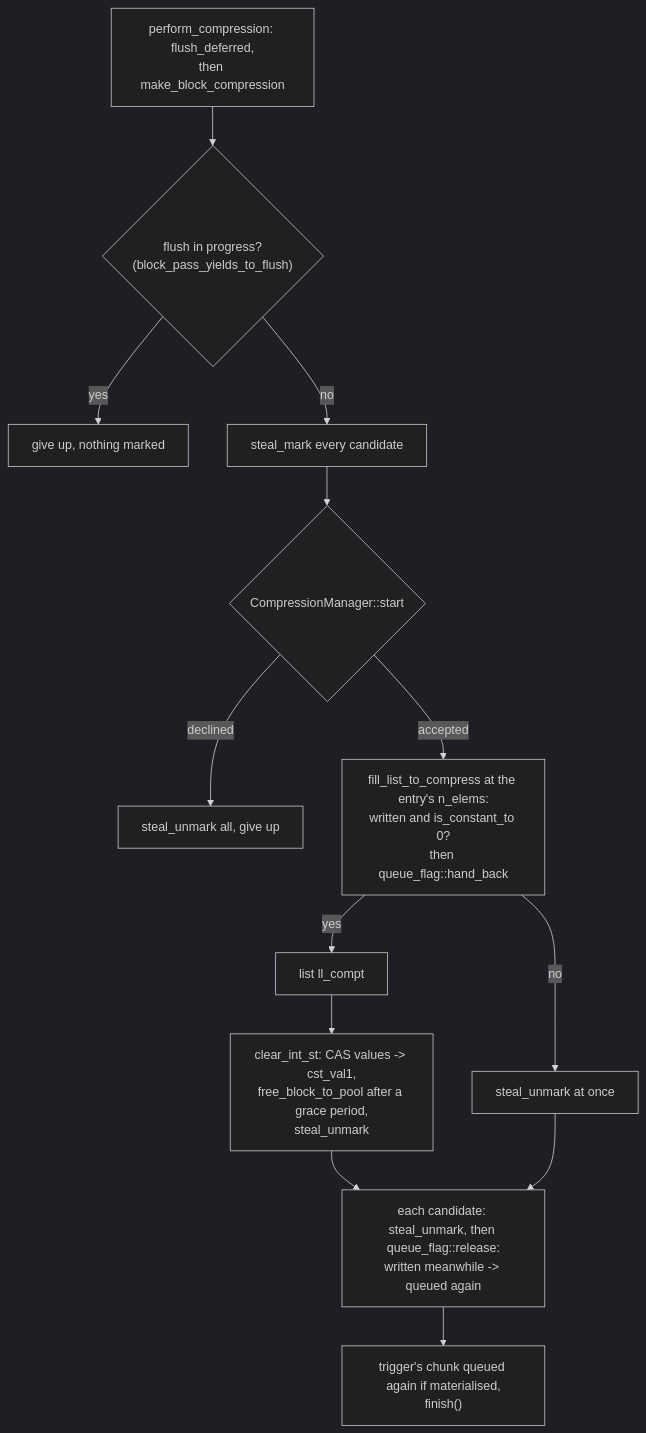
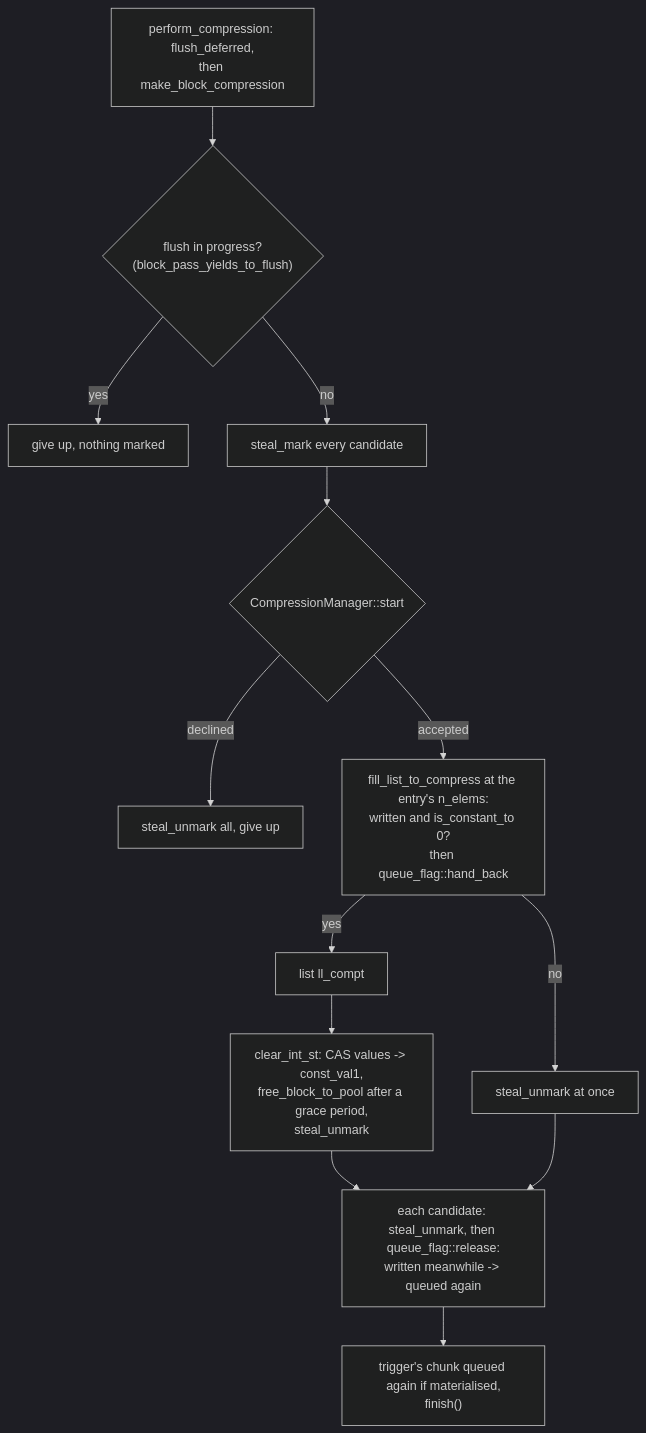
The second of 2 diagrams in docs/algo_zero.md (cea-hpc/shrink-array), drawn with Mermaid (dark theme) before and after one commit. The commit also changed other lines of this file and 108 other files, not shown here.

First line of the commit message:
French names in English (4/4): cst (constante) is const

````diff
--- a/docs/algo_zero.md
+++ b/docs/algo_zero.md
@@ -122,15 +122,15 @@
 ```mermaid
 flowchart TD
     A["perform_compression: flush_deferred,<br/>then make_block_compression"] --> B{"flush in progress?<br/>(block_pass_yields_to_flush)"}
     B -->|yes| B1["give up, nothing marked"]
     B -->|no| C["steal_mark every candidate"]
     C --> D{"CompressionManager::start"}
     D -->|declined| D1["steal_unmark all, give up"]
     D -->|accepted| E["fill_list_to_compress at the entry's n_elems:<br/>written and is_constant_to 0?<br/>then queue_flag::hand_back"]
     E -->|yes| F["list ll_compt"]
     E -->|no| G["steal_unmark at once"]
-    F --> H["clear_int_st: CAS values -> cst_val1,<br/>free_block_to_pool after a grace period,<br/>steal_unmark"]
+    F --> H["clear_int_st: CAS values -> const_val1,<br/>free_block_to_pool after a grace period,<br/>steal_unmark"]
     H --> I["each candidate: steal_unmark, then queue_flag::release:<br/>written meanwhile -> queued again"]
     G --> I
     I --> J["trigger's chunk queued again if materialised,<br/>finish()"]
 ```
````
